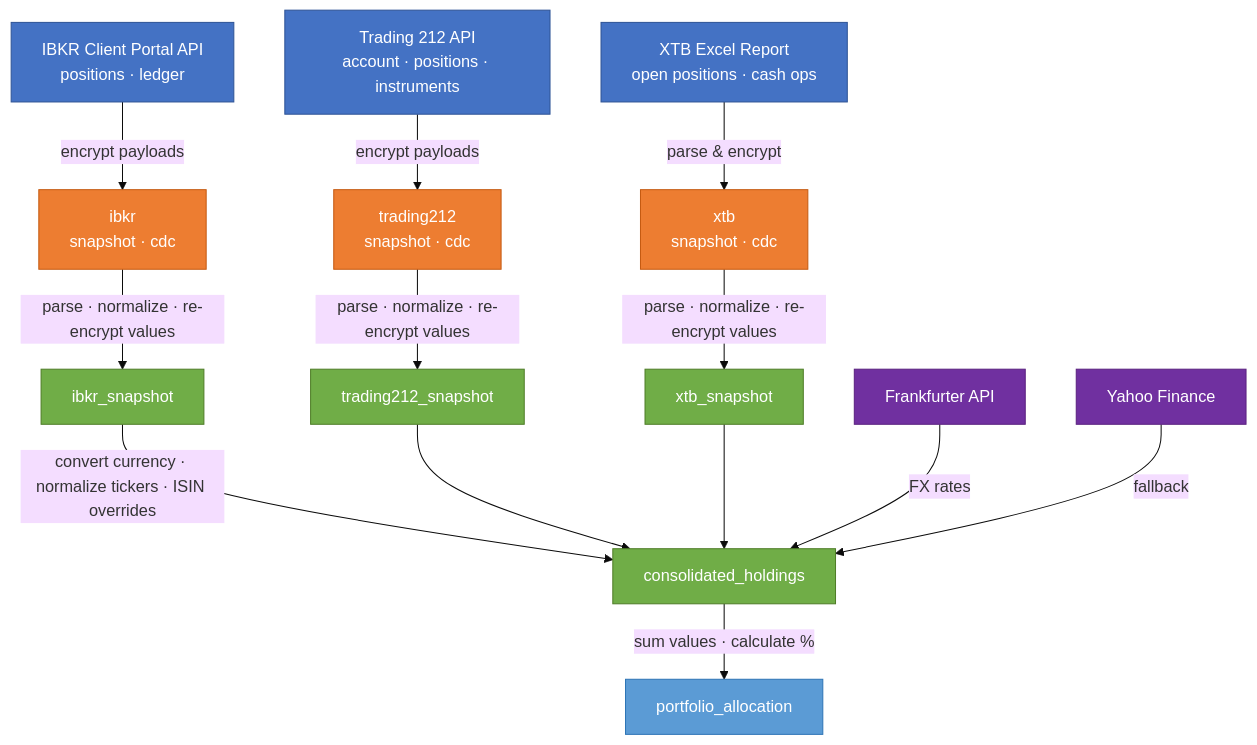
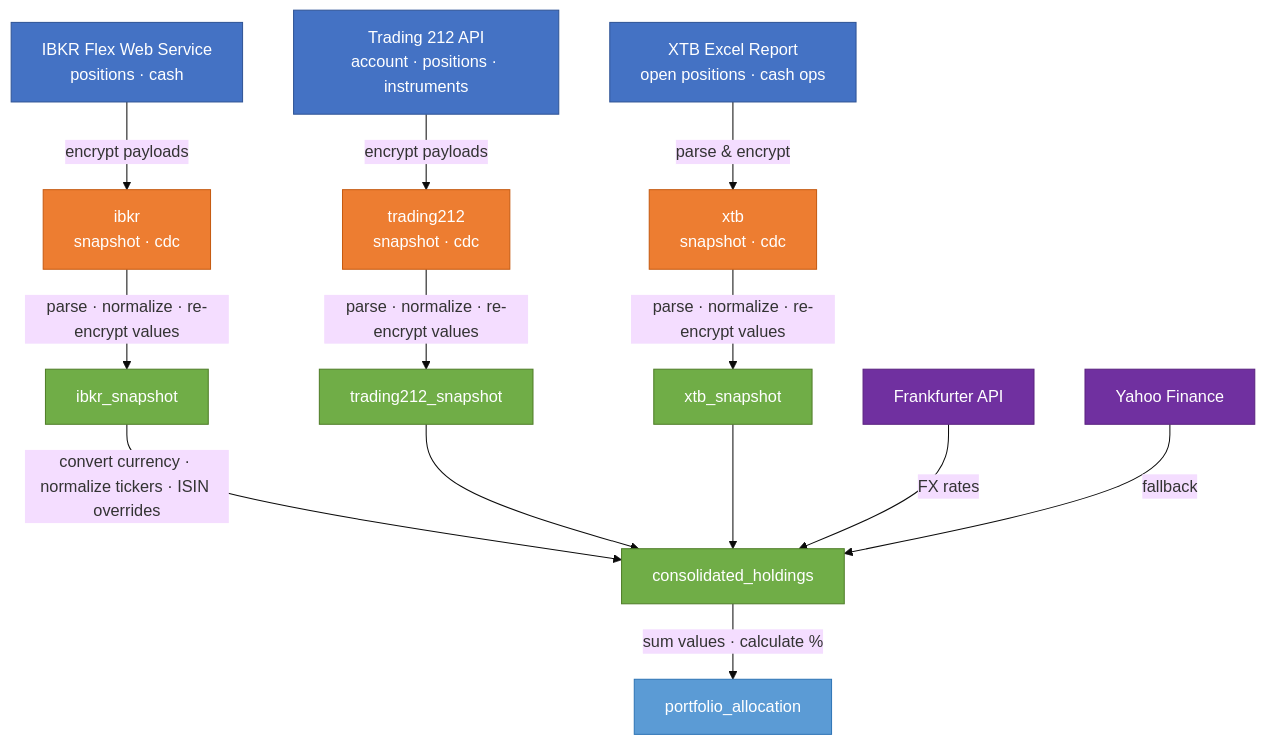
Before and after one commit to vp-1591/financial-portfolio-lakehouse: the diagram in README.md, drawn with Mermaid (base theme). The commit also changed other lines of this file and 29 other files, not shown here.

````diff
--- a/README.md
+++ b/README.md
@@ -204,29 +12,29 @@
 ```mermaid
 flowchart TD
     classDef source fill:#4472c4,stroke:#2f5496,color:#fff
     classDef raw fill:#ed7d31,stroke:#c55a11,color:#fff
     classDef norm fill:#70ad47,stroke:#4f7d28,color:#fff
     classDef fx fill:#7030a0,stroke:#5b2280,color:#fff
     classDef analytics fill:#5b9bd5,stroke:#2e75b6,color:#fff
 
-    IBKR["IBKR Client Portal API<br/>positions · ledger"]:::source
+    IBKR["IBKR Flex Web Service<br/>positions · cash"]:::source
     T212["Trading 212 API<br/>account · positions · instruments"]:::source
     XTB["XTB Excel Report<br/>open positions · cash ops"]:::source
 
     IBKR -->|"encrypt payloads"| RS["ibkr<br/>snapshot · cdc"]:::raw
     T212 -->|"encrypt payloads"| RT["trading212<br/>snapshot · cdc"]:::raw
     XTB -->|"parse & encrypt"| RX["xtb<br/>snapshot · cdc"]:::raw
 
     RS -->|"parse · normalize · re-encrypt values"| NS["ibkr_snapshot"]:::norm
     RT -->|"parse · normalize · re-encrypt values"| NT["trading212_snapshot"]:::norm
     RX -->|"parse · normalize · re-encrypt values"| NX["xtb_snapshot"]:::norm
 
     NS -->|"convert currency · normalize tickers · ISIN overrides"| CH["consolidated_holdings"]:::norm
     NT --> CH
     NX --> CH
 
     FX1["Frankfurter API"]:::fx -->|"FX rates"| CH
     FX2["Yahoo Finance"]:::fx -->|"fallback"| CH
 
     CH -->|"sum values · calculate %"| PA["portfolio_allocation"]:::analytics
 ```
````
